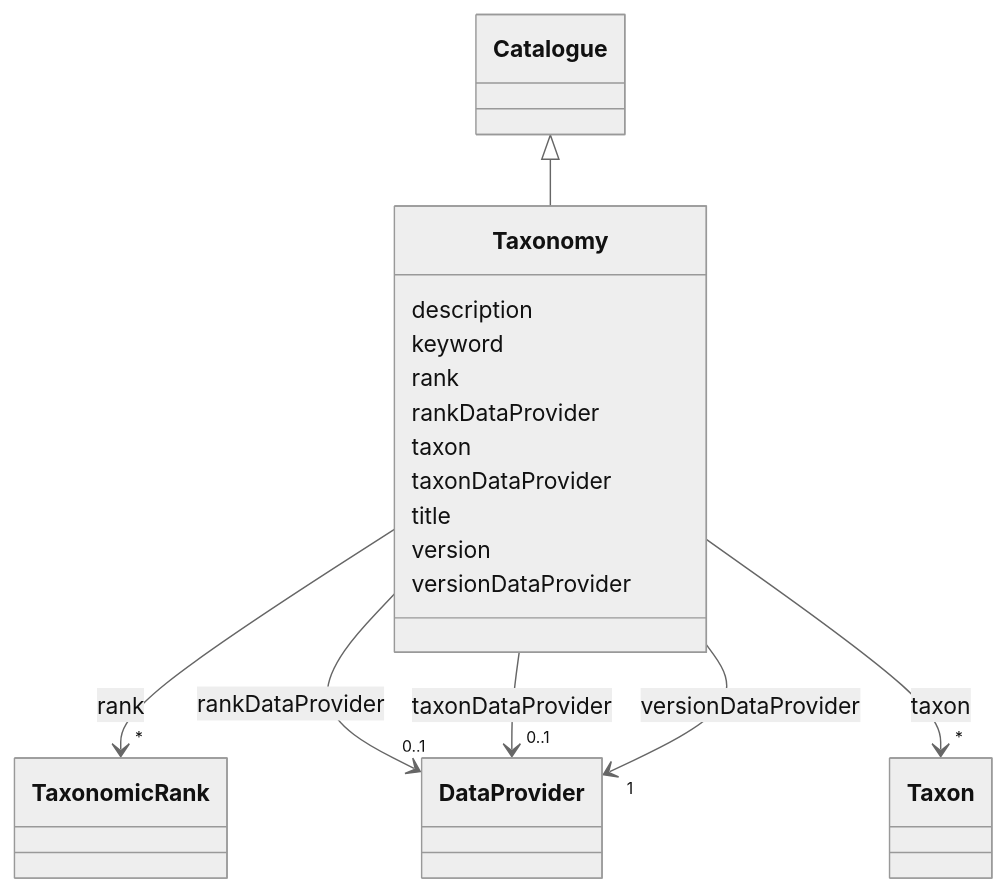
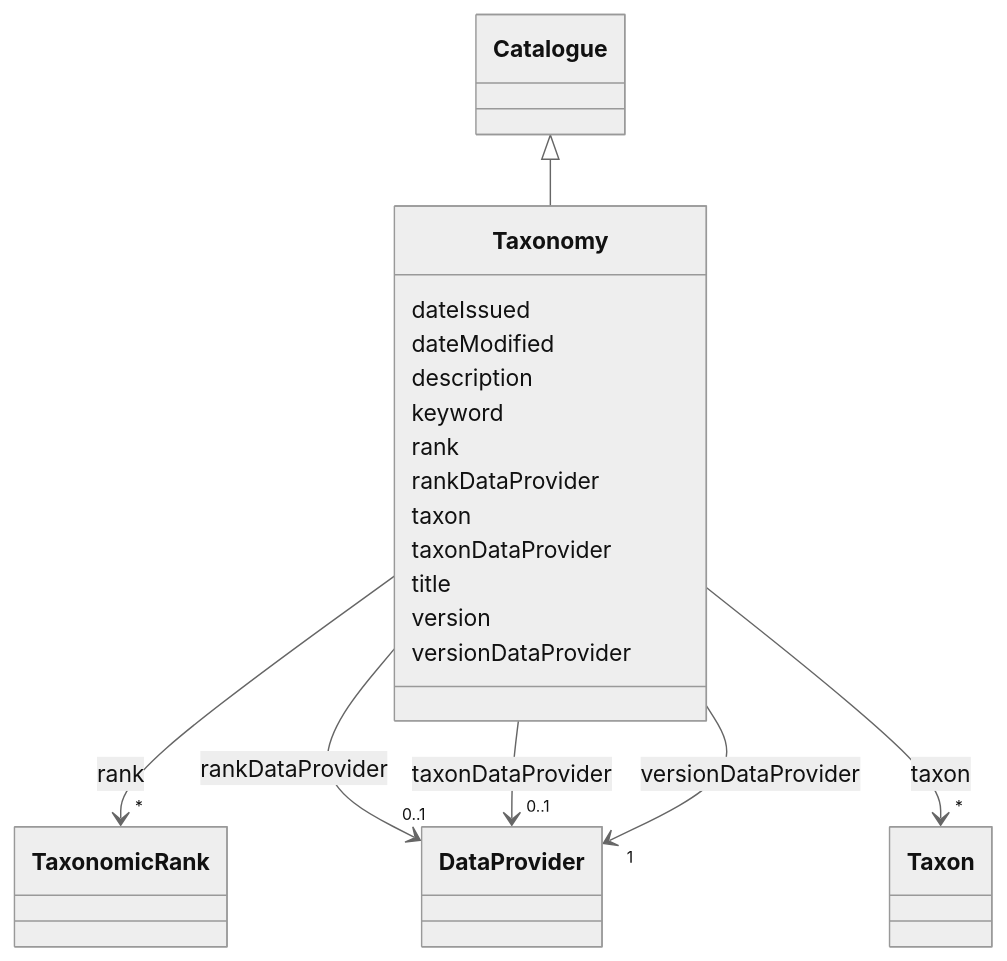
One commit to EVORA-project/evora-ontology changed the diagram in models/docs/Taxonomy.md. Above: the diagram before and after it, drawn with Mermaid (neutral theme). The commit also changed other lines of this file and 377 other files, not shown here.

````diff
--- a/models/docs/Taxonomy.md
+++ b/models/docs/Taxonomy.md
@@ -19,62 +19,66 @@
 ```mermaid
  classDiagram
     class Taxonomy
     click Taxonomy href "../Taxonomy"
       Catalogue <|-- Taxonomy
         click Catalogue href "../Catalogue"
       
+      Taxonomy : dateIssued
+        
+      Taxonomy : dateModified
+        
       Taxonomy : description
         
       Taxonomy : keyword
         
       Taxonomy : rank
         
           
     
     
     Taxonomy --> "*" TaxonomicRank : rank
     click TaxonomicRank href "../TaxonomicRank"
 
         
       Taxonomy : rankDataProvider
         
           
     
     
     Taxonomy --> "0..1" DataProvider : rankDataProvider
     click DataProvider href "../DataProvider"
 
         
       Taxonomy : taxon
         
           
     
     
     Taxonomy --> "*" Taxon : taxon
     click Taxon href "../Taxon"
 
         
       Taxonomy : taxonDataProvider
         
           
     
     
     Taxonomy --> "0..1" DataProvider : taxonDataProvider
     click DataProvider href "../DataProvider"
 
         
       Taxonomy : title
         
       Taxonomy : version
         
       Taxonomy : versionDataProvider
         
           
     
     
     Taxonomy --> "1" DataProvider : versionDataProvider
     click DataProvider href "../DataProvider"
 
         
       
 ```
````
